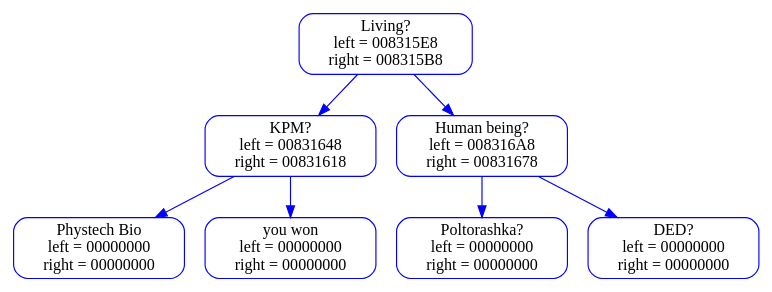
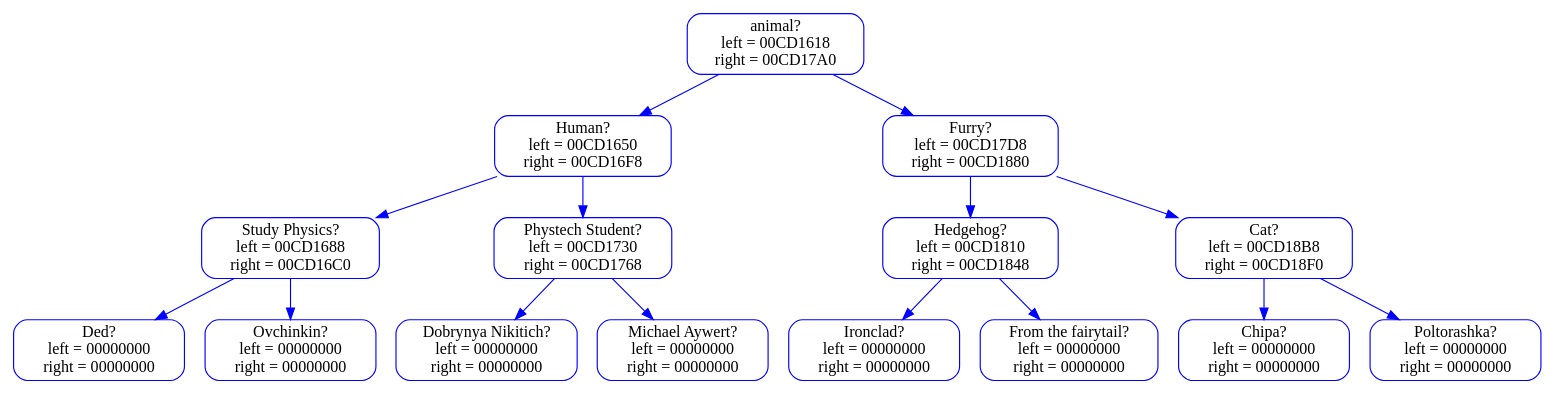
The diagram in log_folder_acinator/acinator_graph.dot (aywert/ACINATOR), drawn with Graphviz before and after one commit. The commit also changed 6 other files, not shown here.

```diff
--- a/log_folder_acinator/acinator_graph.dot
+++ b/log_folder_acinator/acinator_graph.dot
@@ -1,31 +1,63 @@
 digraph list
 {
 rankdir=HR;
-	8590728 [shape="rectangle", style="rounded", color="blue", label = " Living?
- left = 008315E8
- right = 008315B8"];
-	8590824 [shape="rectangle", style="rounded", color="blue", label = " KPM?
- left = 00831648
- right = 00831618"];
-	8590728 -> 8590824 [color="blue"]
-	8590920 [shape="rectangle", style="rounded", color="blue", label = " Phystech Bio
+	13440484 [shape="rectangle", style="rounded", color="blue", label = " animal?
+ left = 00CD1618
+ right = 00CD17A0"];
+	13440540 [shape="rectangle", style="rounded", color="blue", label = " Human?
+ left = 00CD1650
+ right = 00CD16F8"];
+	13440484 -> 13440540 [color="blue"]
+	13440596 [shape="rectangle", style="rounded", color="blue", label = " Study Physics?
+ left = 00CD1688
+ right = 00CD16C0"];
+	13440540 -> 13440596 [color="blue"]
+	13440652 [shape="rectangle", style="rounded", color="blue", label = " Ded?
  left = 00000000
  right = 00000000"];
-	8590824 -> 8590920 [color="blue"]
-	8590872 [shape="rectangle", style="rounded", color="blue", label = " you won
+	13440596 -> 13440652 [color="blue"]
+	13440708 [shape="rectangle", style="rounded", color="blue", label = " Ovchinkin?
  left = 00000000
  right = 00000000"];
-	8590824 -> 8590872 [color="blue"]
-	8590776 [shape="rectangle", style="rounded", color="blue", label = " Human being?
- left = 008316A8
- right = 00831678"];
-	8590728 -> 8590776 [color="blue"]
-	8591016 [shape="rectangle", style="rounded", color="blue", label = " Poltorashka?
+	13440596 -> 13440708 [color="blue"]
+	13440764 [shape="rectangle", style="rounded", color="blue", label = " Phystech Student?
+ left = 00CD1730
+ right = 00CD1768"];
+	13440540 -> 13440764 [color="blue"]
+	13440820 [shape="rectangle", style="rounded", color="blue", label = " Dobrynya Nikitich?
  left = 00000000
  right = 00000000"];
-	8590776 -> 8591016 [color="blue"]
-	8590968 [shape="rectangle", style="rounded", color="blue", label = " DED?
+	13440764 -> 13440820 [color="blue"]
+	13440876 [shape="rectangle", style="rounded", color="blue", label = " Michael Aywert?
  left = 00000000
  right = 00000000"];
-	8590776 -> 8590968 [color="blue"]
+	13440764 -> 13440876 [color="blue"]
+	13440932 [shape="rectangle", style="rounded", color="blue", label = " Furry?
+ left = 00CD17D8
+ right = 00CD1880"];
+	13440484 -> 13440932 [color="blue"]
+	13440988 [shape="rectangle", style="rounded", color="blue", label = " Hedgehog?
+ left = 00CD1810
+ right = 00CD1848"];
+	13440932 -> 13440988 [color="blue"]
+	13441044 [shape="rectangle", style="rounded", color="blue", label = " Ironclad?
+ left = 00000000
+ right = 00000000"];
+	13440988 -> 13441044 [color="blue"]
+	13441100 [shape="rectangle", style="rounded", color="blue", label = " From the fairytail?
+ left = 00000000
+ right = 00000000"];
+	13440988 -> 13441100 [color="blue"]
+	13441156 [shape="rectangle", style="rounded", color="blue", label = " Cat?
+ left = 00CD18B8
+ right = 00CD18F0"];
+	13440932 -> 13441156 [color="blue"]
+	13441212 [shape="rectangle", style="rounded", color="blue", label = " Chipa?
+ left = 00000000
+ right = 00000000"];
+	13441156 -> 13441212 [color="blue"]
+	13441268 [shape="rectangle", style="rounded", color="blue", label = " Poltorashka?
+ left = 00000000
+ right = 00000000"];
+	13441156 -> 13441268 [color="blue"]
 	}
```
